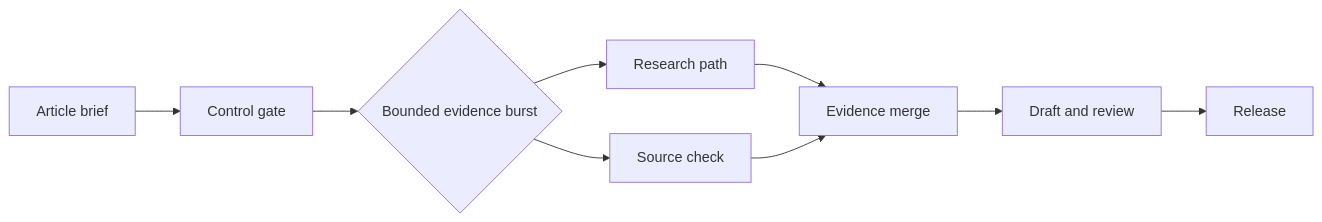
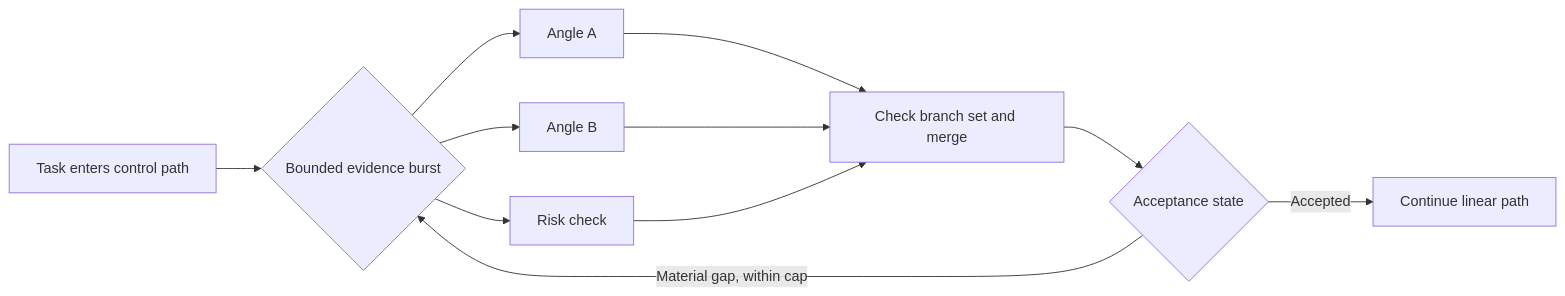
The second of 2 diagrams in src/drafts/df3f4646.md (Herbertcuba/herbertcuba-personal-blog), drawn with Mermaid before and after one commit. The commit also changed other lines of this file, not shown here.

Commit message:
draft(t_3af0b546): Use a Pipeline Until the Work Proves It Needs a Graph

````diff
--- a/src/drafts/df3f4646.md
+++ b/src/drafts/df3f4646.md
@@ -53,11 +61,13 @@
 ```mermaid
 flowchart LR
-    I["Article brief"] --> G["Control gate"]
-    G --> F{"Bounded evidence burst"}
-    F --> R["Research path"]
-    F --> V["Source check"]
-    R --> M["Evidence merge"]
-    V --> M
-    M --> D["Draft and review"]
-    D --> P["Release"]
+    T["Task enters control path"] --> S{"Bounded evidence burst"}
+    S --> A["Angle A"]
+    S --> B["Angle B"]
+    S --> C["Risk check"]
+    A --> M["Check branch set and merge"]
+    B --> M
+    C --> M
+    M --> G{"Acceptance state"}
+    G -->|Accepted| N["Continue linear path"]
+    G -->|Material gap, within cap| S
 ```
````
